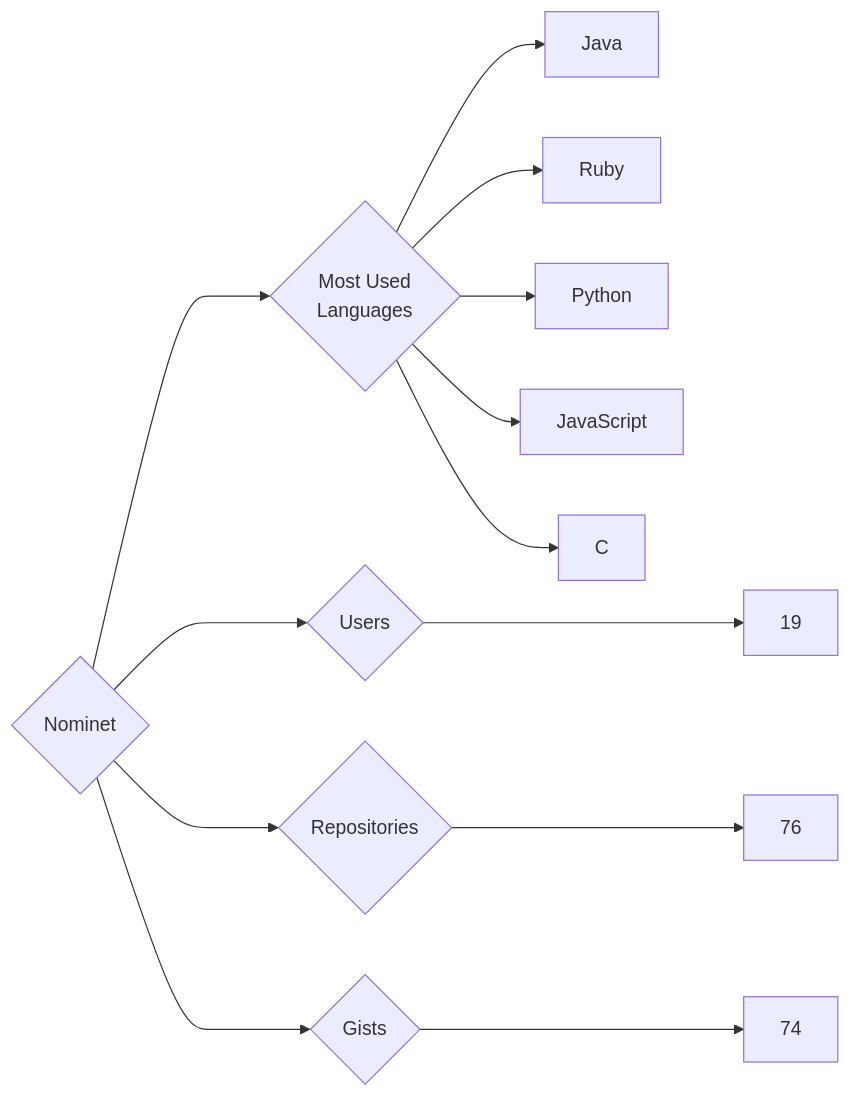
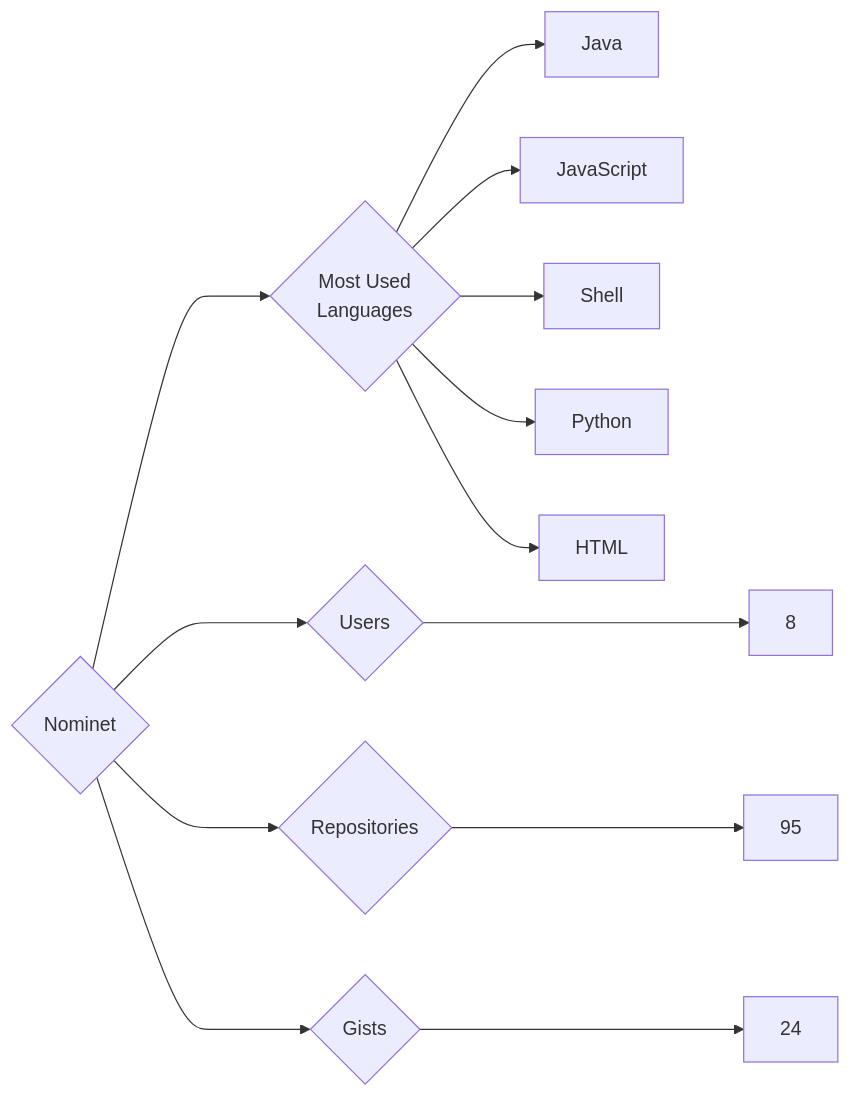
One commit to trickest/insiders changed the diagram in targets/Nominet/README.md. Above: the diagram before and after it, drawn with Mermaid. The commit also changed 995 other files, not shown here.

````diff
--- a/targets/Nominet/README.md
+++ b/targets/Nominet/README.md
@@ -3,13 +3,13 @@
 ```mermaid
 graph LR
 COMPANY_NAME{Nominet}
-COMPANY_NAME ---> U{Users} ---> UN[19]
-COMPANY_NAME ---> R{Repositories} ---> RN[76]
-COMPANY_NAME ---> G{Gists} ---> GN[74]
+COMPANY_NAME ---> U{Users} ---> UN[8]
+COMPANY_NAME ---> R{Repositories} ---> RN[95]
+COMPANY_NAME ---> G{Gists} ---> GN[24]
 COMPANY_NAME ---> ML{Most Used<br>Languages}
 ML --> Java[Java]
-ML --> Ruby[Ruby]
+ML --> JavaScript[JavaScript]
+ML --> Shell[Shell]
 ML --> Python[Python]
-ML --> JavaScript[JavaScript]
-ML --> C[C]
+ML --> HTML[HTML]
 ```
````
